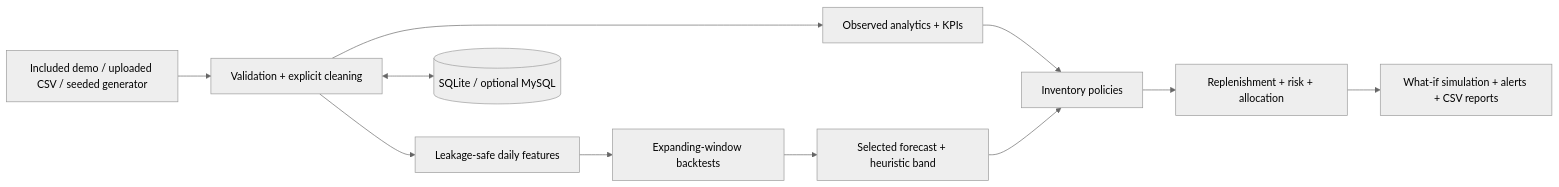
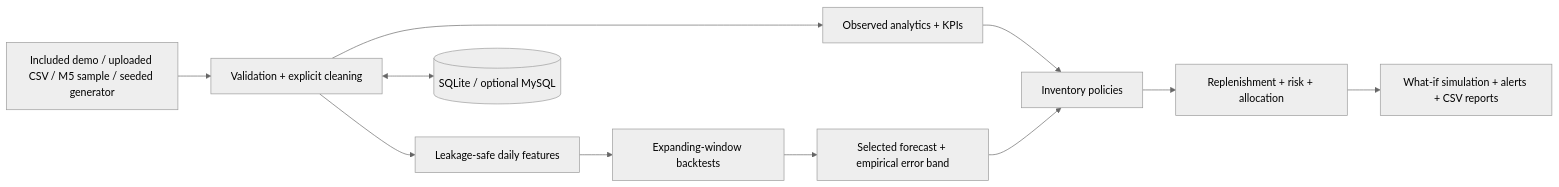
Before and after one commit to 9059Rohith/RetailMindAI: the diagram in docs/architecture.md, drawn with Mermaid (neutral theme). The commit also changed other lines of this file and 29 other files, not shown here.

````diff
--- a/docs/architecture.md
+++ b/docs/architecture.md
@@ -5,13 +5,13 @@
 ```mermaid
 flowchart LR
-  A[Included demo / uploaded CSV / seeded generator] --> B[Validation + explicit cleaning]
+  A[Included demo / uploaded CSV / M5 sample / seeded generator] --> B[Validation + explicit cleaning]
   B --> C[Observed analytics + KPIs]
   B --> D[Leakage-safe daily features]
   D --> E[Expanding-window backtests]
-  E --> F[Selected forecast + heuristic band]
+  E --> F[Selected forecast + empirical error band]
   C --> G[Inventory policies]
   F --> G
   G --> H[Replenishment + risk + allocation]
   H --> I[What-if simulation + alerts + CSV reports]
   B <--> J[(SQLite / optional MySQL)]
 ```
````
